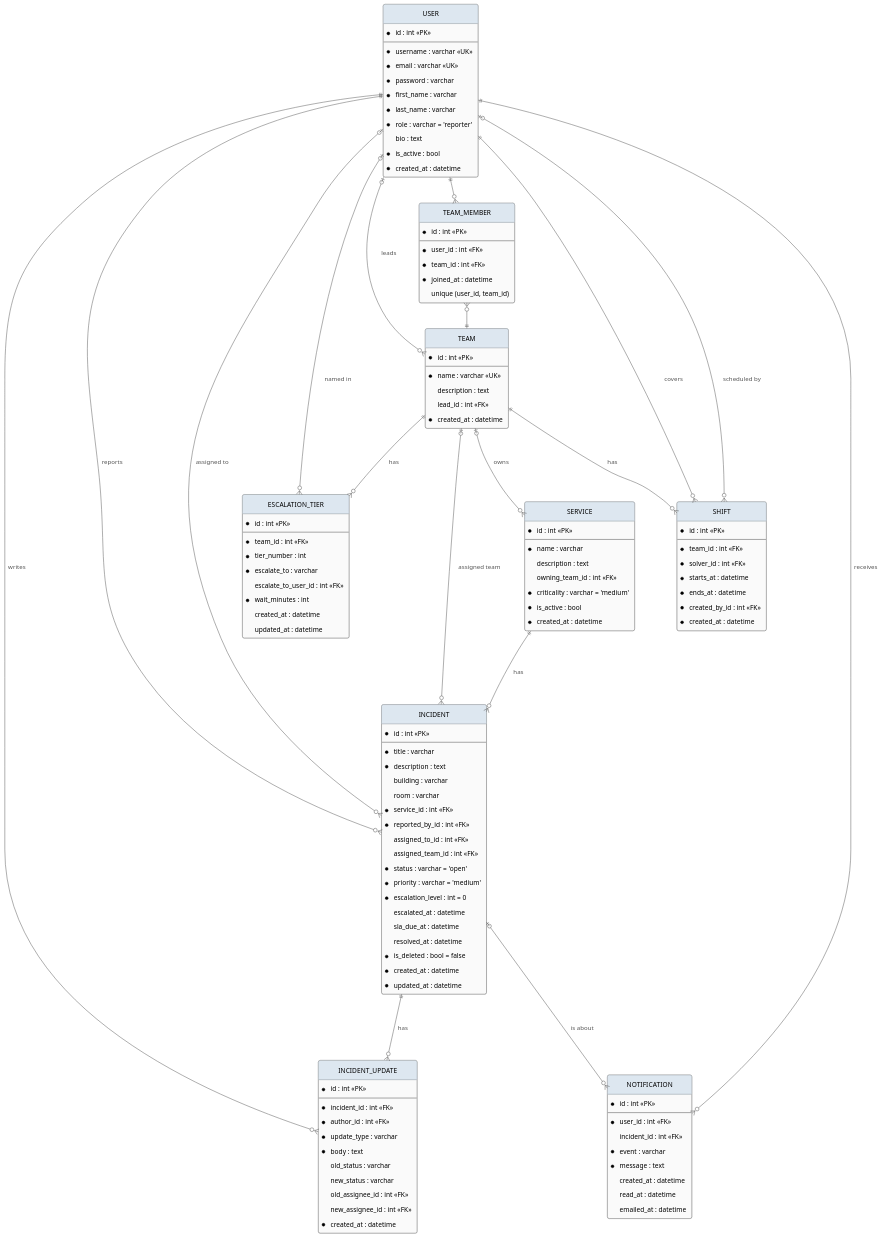
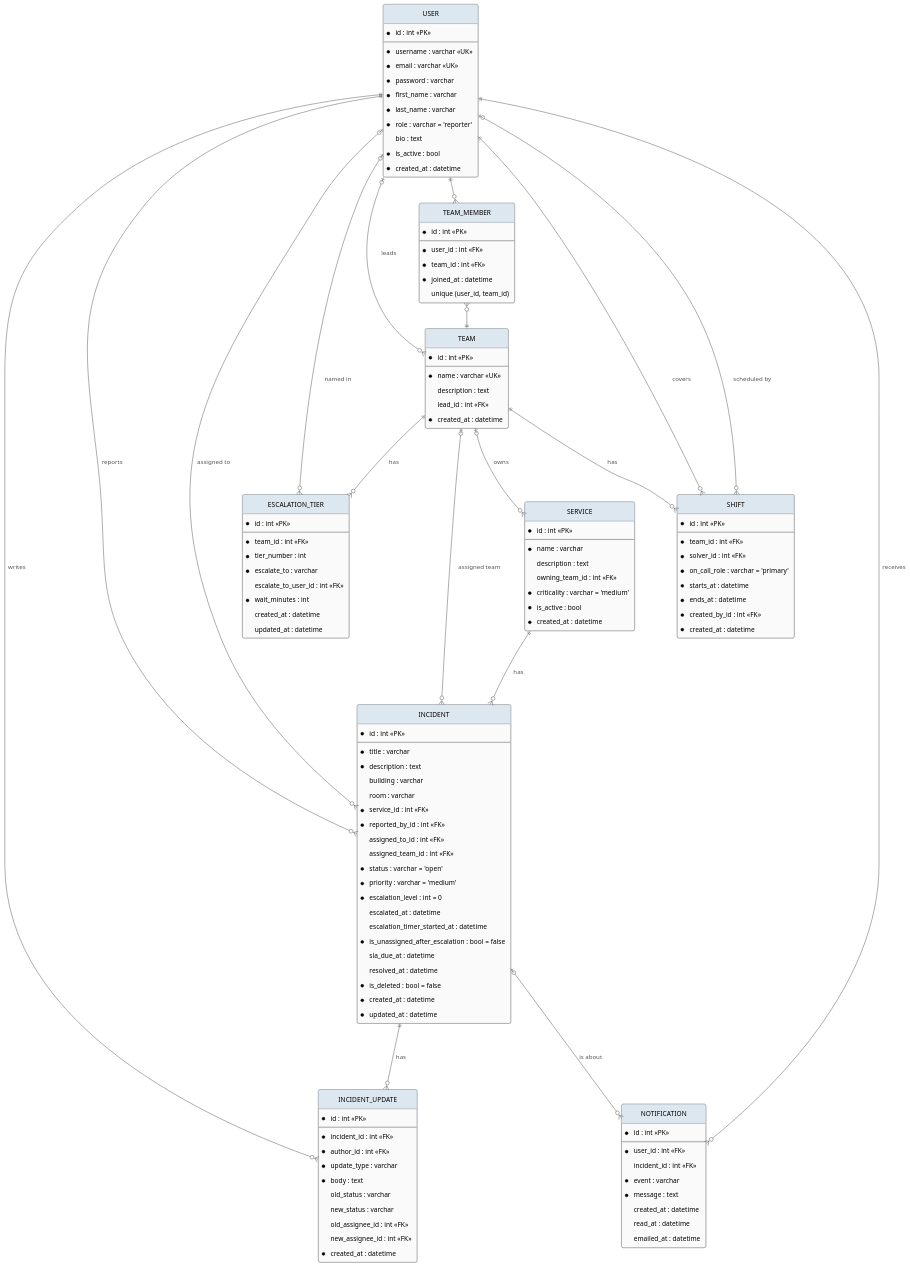
Before and after one commit to ZiedRbd/COSC-3339-Fall-2026-Term-Project: the diagram in docs/er-diagram.puml, drawn with PlantUML. The commit also changed 15 other files, not shown here.

```diff
--- a/docs/er-diagram.puml
+++ b/docs/er-diagram.puml
@@ -1,167 +1,170 @@
 @startuml Campus IT Help Desk ER
 hide circle
 skinparam nodesep 90
 skinparam ranksep 110
 skinparam padding 6
 skinparam roundCorner 8
 skinparam shadowing false
 skinparam ArrowColor #555555
 skinparam ArrowFontColor #555555
 skinparam class {
   BackgroundColor #FAFAFA
   BorderColor #444444
   HeaderBackgroundColor #DDE7F0
 }
 
 ' ── People & groups ─────────────────────────────
 
 entity "USER" as user {
   * id : int <<PK>>
   --
   * username : varchar <<UK>>
   * email : varchar <<UK>>
   * password : varchar
   * first_name : varchar
   * last_name : varchar
   * role : varchar = 'reporter'
     bio : text
   * is_active : bool
   * created_at : datetime
 }
 
 entity "TEAM_MEMBER" as tm {
   * id : int <<PK>>
   --
   * user_id : int <<FK>>
   * team_id : int <<FK>>
   * joined_at : datetime
   unique (user_id, team_id)
 }
 
 entity "TEAM" as team {
   * id : int <<PK>>
   --
   * name : varchar <<UK>>
     description : text
     lead_id : int <<FK>>
   * created_at : datetime
 }
 
 ' ── What we support ─────────────────────────────
 
 entity "SERVICE" as service {
   * id : int <<PK>>
   --
   * name : varchar
     description : text
     owning_team_id : int <<FK>>
   * criticality : varchar = 'medium'
   * is_active : bool
   * created_at : datetime
 }
 
 ' ── Tickets ─────────────────────────────────────
 
 entity "INCIDENT" as incident {
   * id : int <<PK>>
   --
   * title : varchar
   * description : text
     building : varchar
     room : varchar
   * service_id : int <<FK>>
   * reported_by_id : int <<FK>>
     assigned_to_id : int <<FK>>
     assigned_team_id : int <<FK>>
   * status : varchar = 'open'
   * priority : varchar = 'medium'
   * escalation_level : int = 0
     escalated_at : datetime
+    escalation_timer_started_at : datetime
+  * is_unassigned_after_escalation : bool = false
     sla_due_at : datetime
     resolved_at : datetime
   * is_deleted : bool = false
   * created_at : datetime
   * updated_at : datetime
 }
 
 entity "INCIDENT_UPDATE" as upd {
   * id : int <<PK>>
   --
   * incident_id : int <<FK>>
   * author_id : int <<FK>>
   * update_type : varchar
   * body : text
     old_status : varchar
     new_status : varchar
     old_assignee_id : int <<FK>>
     new_assignee_id : int <<FK>>
   * created_at : datetime
 }
 
 ' ── Layout: users/teams on top, tickets below ───
 
 user     -[hidden]right-  tm
 tm       -[hidden]right-  team
 team     -[hidden]down-   service
 service  -[hidden]down-   incident
 incident -[hidden]down-   upd
 
 ' ── Relationships ───────────────────────────────
 
 user     ||--o{ tm       : belongs to
 team     ||--o{ tm       : has
 team     |o--o{ service  : owns
 service  ||--o{ incident : has
 user     ||--o{ incident : reports
 user     |o--o{ incident : assigned to
 team     |o--o{ incident : assigned team
 incident ||--o{ upd      : has
 user     ||--o{ upd      : writes
 
 
 entity "SHIFT" as shift {
   * id : int <<PK>>
   --
   * team_id : int <<FK>>
   * solver_id : int <<FK>>
+  * on_call_role : varchar = 'primary'
   * starts_at : datetime
   * ends_at : datetime
   * created_by_id : int <<FK>>
   * created_at : datetime
 }
 
 team ||--o{ shift : "has"
 user ||--o{ shift : "covers"
 user |o--o{ team : "leads"
 user |o--o{ shift : "scheduled by"
 
 entity "ESCALATION_TIER" as tier {
   * id : int <<PK>>
   --
   * team_id : int <<FK>>
   * tier_number : int
   * escalate_to : varchar
   escalate_to_user_id : int <<FK>>
   * wait_minutes : int
   created_at : datetime
   updated_at : datetime
 }
 
 entity "NOTIFICATION" as note {
   * id : int <<PK>>
   --
   * user_id : int <<FK>>
   incident_id : int <<FK>>
   * event : varchar
   * message : text
   created_at : datetime
   read_at : datetime
   emailed_at : datetime
 }
 
 team ||--o{ tier : "has"
 user |o--o{ tier : "named in"
 user ||--o{ note : "receives"
 incident |o--o{ note : "is about"
 
 @enduml
```
